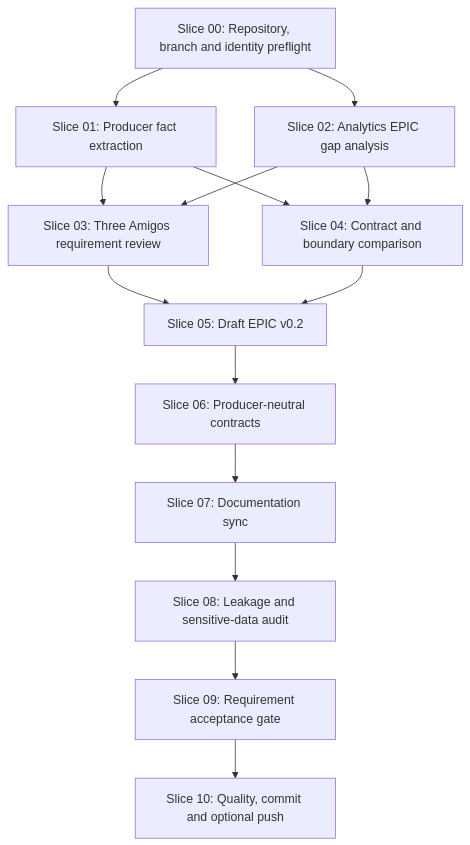
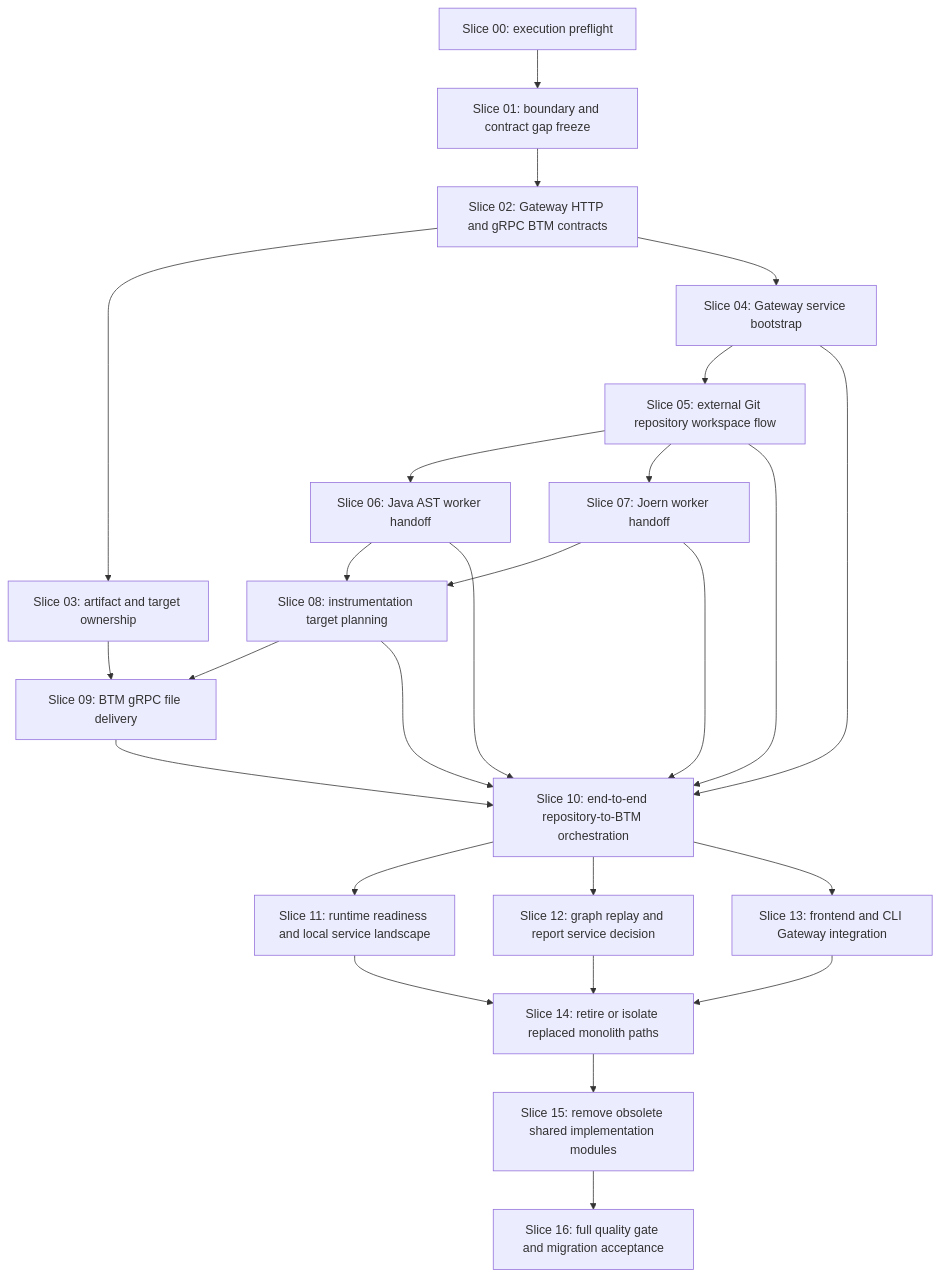
One commit to MatthiasBurger-Coder/forensic_analytics changed the diagram in docs/workflow/slice-dependency-map.md. Above: the diagram before and after it, drawn with Mermaid. The commit also changed other lines of this file and 20 other files, not shown here.

````diff
--- a/docs/workflow/slice-dependency-map.md
+++ b/docs/workflow/slice-dependency-map.md
@@ -14,28 +3,44 @@
 ```mermaid
 flowchart TD
-  S00["Slice 00: Repository, branch and identity preflight"]
-  S01["Slice 01: Producer fact extraction"]
-  S02["Slice 02: Analytics EPIC gap analysis"]
-  S03["Slice 03: Three Amigos requirement review"]
-  S04["Slice 04: Contract and boundary comparison"]
-  S05["Slice 05: Draft EPIC v0.2"]
-  S06["Slice 06: Producer-neutral contracts"]
-  S07["Slice 07: Documentation sync"]
-  S08["Slice 08: Leakage and sensitive-data audit"]
-  S09["Slice 09: Requirement acceptance gate"]
-  S10["Slice 10: Quality, commit and optional push"]
+  S00["Slice 00: execution preflight"]
+  S01["Slice 01: boundary and contract gap freeze"]
+  S02["Slice 02: Gateway HTTP and gRPC BTM contracts"]
+  S03["Slice 03: artifact and target ownership"]
+  S04["Slice 04: Gateway service bootstrap"]
+  S05["Slice 05: external Git repository workspace flow"]
+  S06["Slice 06: Java AST worker handoff"]
+  S07["Slice 07: Joern worker handoff"]
+  S08["Slice 08: instrumentation target planning"]
+  S09["Slice 09: BTM gRPC file delivery"]
+  S10["Slice 10: end-to-end repository-to-BTM orchestration"]
+  S11["Slice 11: runtime readiness and local service landscape"]
+  S12["Slice 12: graph replay and report service decision"]
+  S13["Slice 13: frontend and CLI Gateway integration"]
+  S14["Slice 14: retire or isolate replaced monolith paths"]
+  S15["Slice 15: remove obsolete shared implementation modules"]
+  S16["Slice 16: full quality gate and migration acceptance"]
 
-  S00 --> S01
-  S00 --> S02
-  S01 --> S03
+  S00 --> S01 --> S02
   S02 --> S03
-  S01 --> S04
   S02 --> S04
-  S03 --> S05
   S04 --> S05
   S05 --> S06
-  S06 --> S07
+  S05 --> S07
+  S06 --> S08
   S07 --> S08
+  S03 --> S09
   S08 --> S09
+  S04 --> S10
+  S05 --> S10
+  S06 --> S10
+  S07 --> S10
+  S08 --> S10
   S09 --> S10
+  S10 --> S11
+  S10 --> S12
+  S10 --> S13
+  S11 --> S14
+  S12 --> S14
+  S13 --> S14
+  S14 --> S15 --> S16
 ```
````
